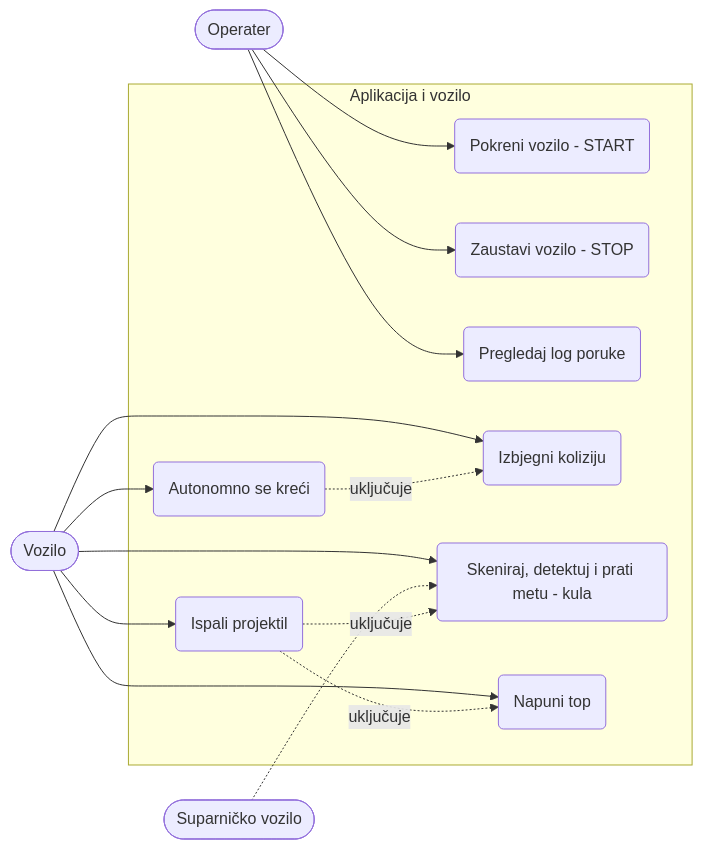
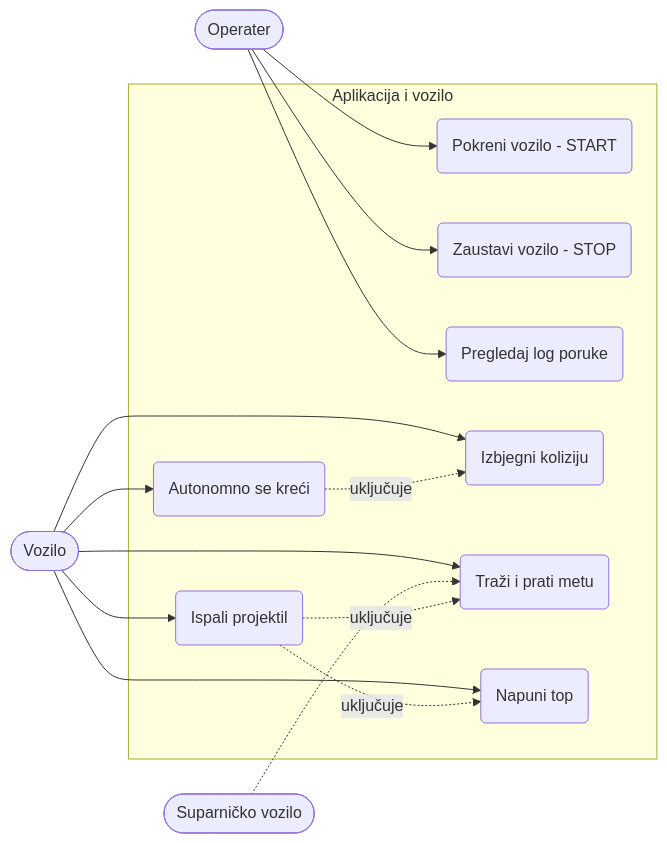
The diagram in docs/Specifikacija-zahtjeva.md (lukavidic/Vihor), drawn with Mermaid before and after one commit. The commit also changed other lines of this file, not shown here.

````diff
--- a/docs/Specifikacija-zahtjeva.md
+++ b/docs/Specifikacija-zahtjeva.md
@@ -151,30 +144,30 @@
 ```mermaid
 flowchart LR
     Op([Operater])
     Veh([Vozilo])
     Opp([Suparničko vozilo])
-
+ 
     subgraph Sistem["Aplikacija i vozilo"]
         UC1(Pokreni vozilo - START)
         UC2(Zaustavi vozilo - STOP)
         UC3(Pregledaj log poruke)
         UC4(Autonomno se kreći)
         UC5(Izbjegni koliziju)
-        UC6(Skeniraj, detektuj i prati metu - kula)
+        UC6(Traži i prati metu)
         UC7(Napuni top)
         UC8(Ispali projektil)
     end
-
+ 
     Op --> UC1
     Op --> UC2
     Op --> UC3
     Veh --> UC4
     Veh --> UC5
     Veh --> UC6
     Veh --> UC7
     Veh --> UC8
     Opp -.-> UC6
     UC4 -. uključuje .-> UC5
     UC8 -. uključuje .-> UC7
     UC8 -. uključuje .-> UC6
 ```
````
